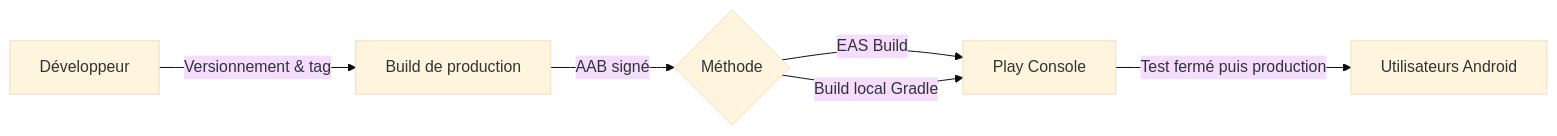
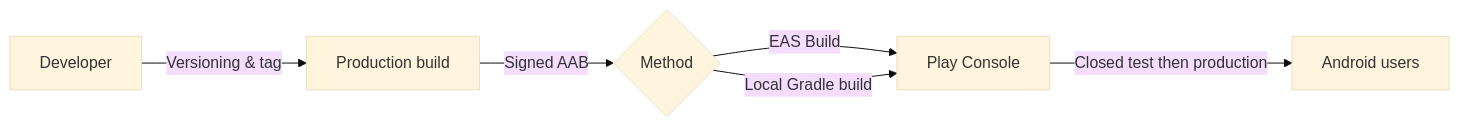
The second of 2 diagrams in README.md (Wifsimster/elan), drawn with Mermaid (base theme) before and after one commit. The commit also changed other lines of this file, not shown here.

````diff
--- a/README.md
+++ b/README.md
@@ -130,8 +130,8 @@
 ```mermaid
 graph LR
-    A[Développeur] -->|Versionnement & tag| B[Build de production]
-    B -->|AAB signé| C{Méthode}
+    A[Developer] -->|Versioning & tag| B[Production build]
+    B -->|Signed AAB| C{Method}
     C -->|EAS Build| D[Play Console]
-    C -->|Build local Gradle| D
-    D -->|Test fermé puis production| E[Utilisateurs Android]
+    C -->|Local Gradle build| D
+    D -->|Closed test then production| E[Android users]
 ```
````
